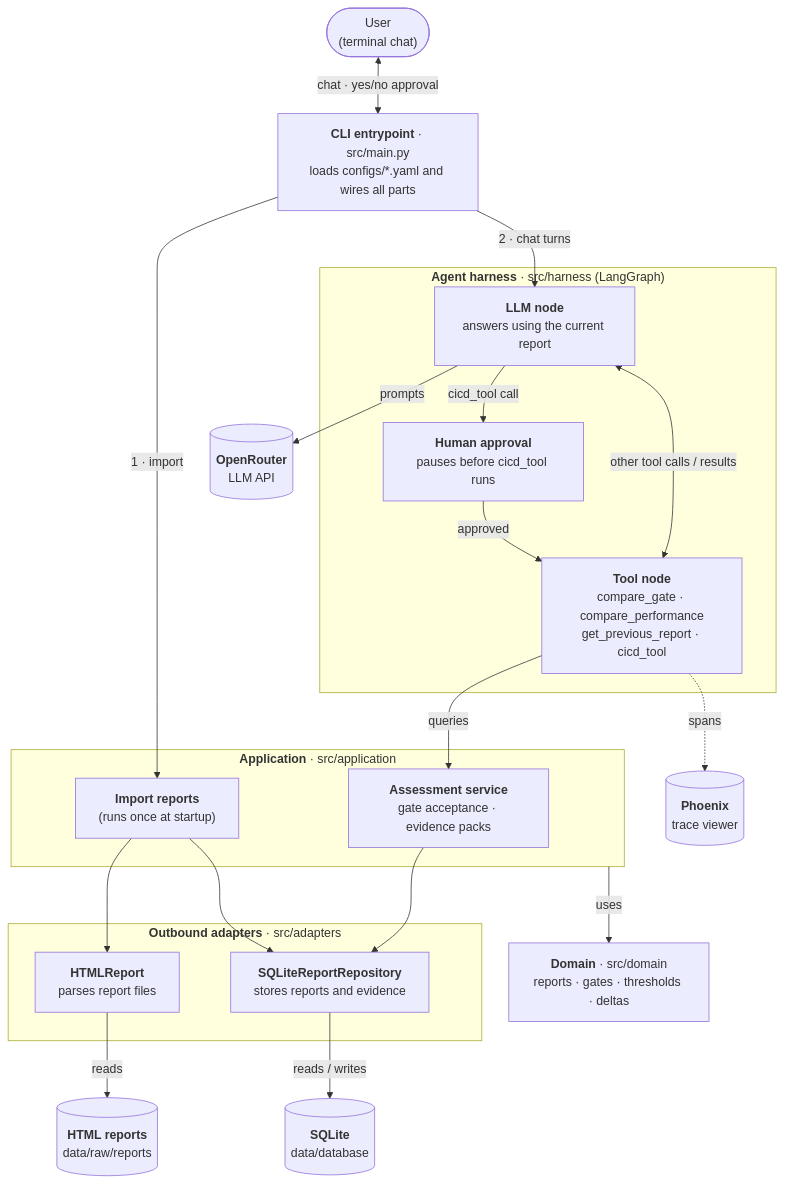
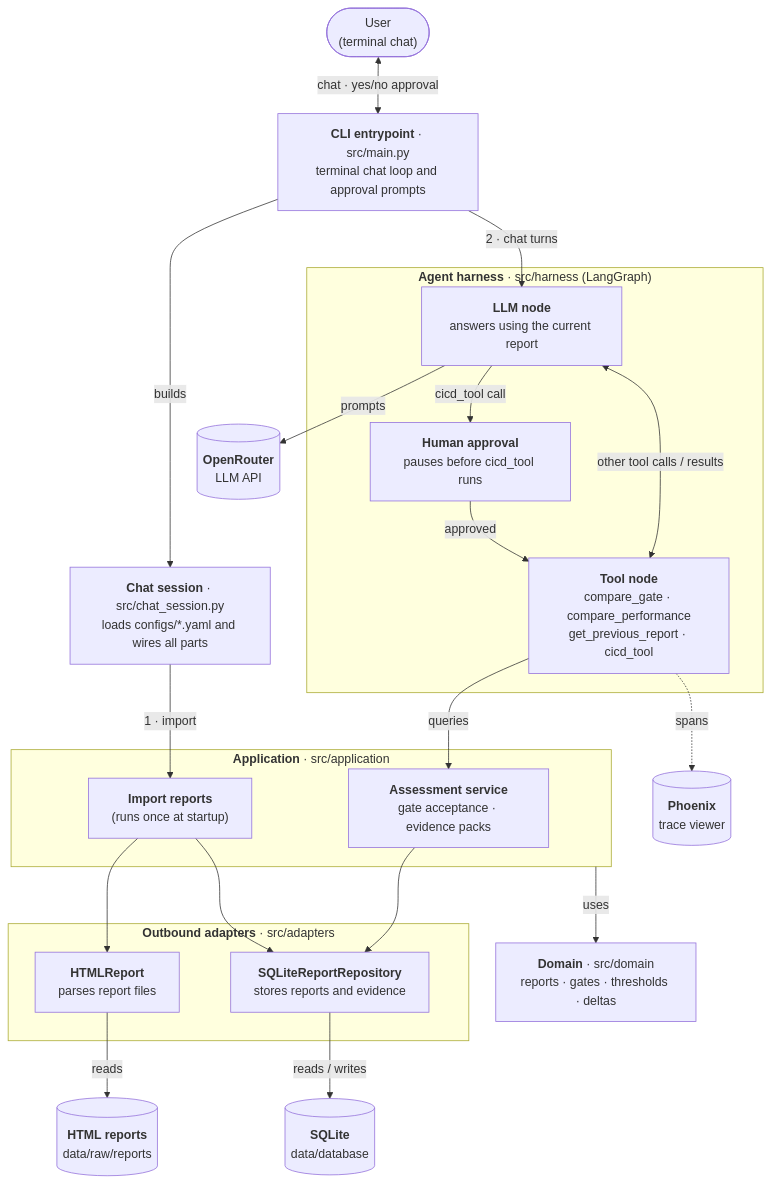
The diagram in README.md (ZHAW-InIT-SoftwareEngineering/release-compass), drawn with Mermaid before and after one commit. The commit also changed 7 other files, not shown here.

````diff
--- a/README.md
+++ b/README.md
@@ -5,45 +5,47 @@
 ```mermaid
 flowchart TB
     user(["User<br/>(terminal chat)"])
-    main["<b>CLI entrypoint</b> · src/main.py<br/>loads configs/*.yaml and wires all parts"]
+    main["<b>CLI entrypoint</b> · src/main.py<br/>terminal chat loop and approval prompts"]
+    session["<b>Chat session</b> · src/chat_session.py<br/>loads configs/*.yaml and wires all parts"]
 
     subgraph harness["<b>Agent harness</b> · src/harness (LangGraph)"]
         llm["<b>LLM node</b><br/>answers using the current report"]
         approval["<b>Human approval</b><br/>pauses before cicd_tool runs"]
         tools["<b>Tool node</b><br/>compare_gate · compare_performance<br/>get_previous_report · cicd_tool"]
         llm -- "cicd_tool call" --> approval
         approval -- "approved" --> tools
         llm <-- "other tool calls / results" --> tools
     end
 
     openrouter[("<b>OpenRouter</b><br/>LLM API")]
     phoenix[("<b>Phoenix</b><br/>trace viewer")]
 
     subgraph app["<b>Application</b> · src/application"]
         importuc["<b>Import reports</b><br/>(runs once at startup)"]
         assess["<b>Assessment service</b><br/>gate acceptance · evidence packs"]
     end
 
     domain["<b>Domain</b> · src/domain<br/>reports · gates · thresholds · deltas"]
 
     subgraph adapters["<b>Outbound adapters</b> · src/adapters"]
         html["<b>HTMLReport</b><br/>parses report files"]
         sqlite["<b>SQLiteReportRepository</b><br/>stores reports and evidence"]
     end
 
     rawdata[("<b>HTML reports</b><br/>data/raw/reports")]
     db[("<b>SQLite</b><br/>data/database")]
 
     user <-- "chat · yes/no approval" --> main
-    main -- "1 · import" --> importuc
+    main -- "builds" --> session
+    session -- "1 · import" --> importuc
     main -- "2 · chat turns" --> llm
     llm -- "prompts" --> openrouter
     tools -. "spans" .-> phoenix
     tools -- "queries" --> assess
     app -- "uses" --> domain
     importuc --> html
     importuc --> sqlite
     assess --> sqlite
     html -- "reads" --> rawdata
     sqlite -- "reads / writes" --> db
 ```
````
